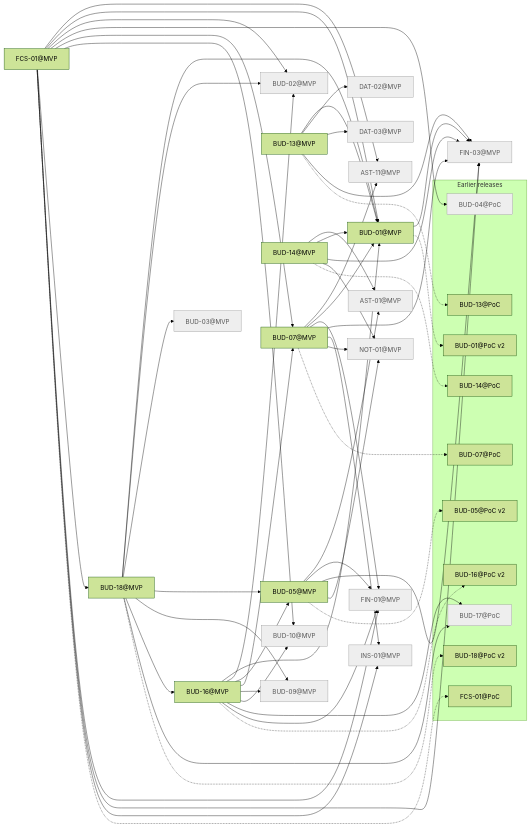
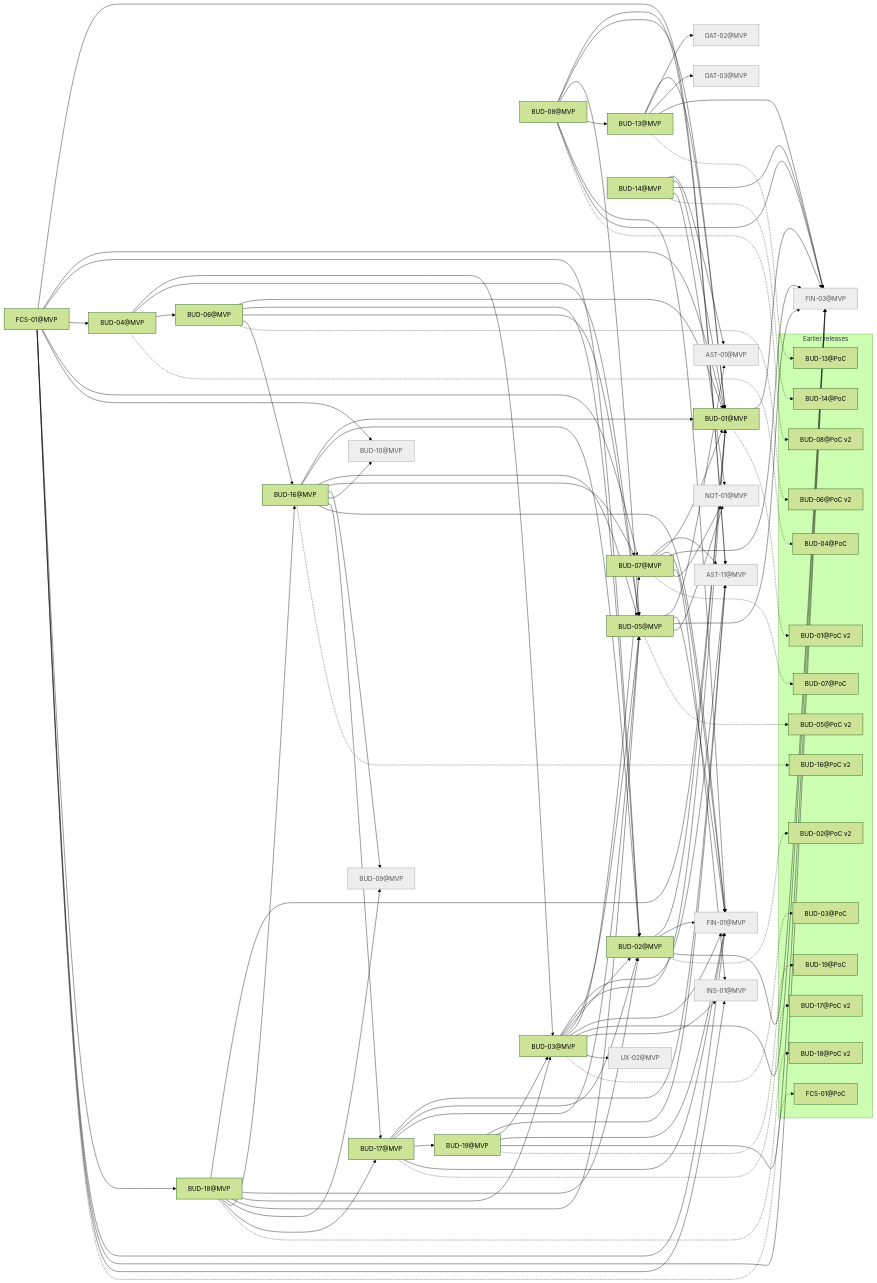
One commit to minakovval/Willowsum changed the diagram in docs/traceability/release-mvp.md. Above: the diagram before and after it, drawn with Mermaid (forest theme). The commit also changed other lines of this file and 48 other files, not shown here.

````diff
--- a/docs/traceability/release-mvp.md
+++ b/docs/traceability/release-mvp.md
@@ -28,14 +35,19 @@
   BUD_01_MVP["BUD-01@MVP"]
   BUD_02_MVP["BUD-02@MVP"]
   BUD_03_MVP["BUD-03@MVP"]
+  BUD_04_MVP["BUD-04@MVP"]
   BUD_05_MVP["BUD-05@MVP"]
+  BUD_06_MVP["BUD-06@MVP"]
   BUD_07_MVP["BUD-07@MVP"]
+  BUD_08_MVP["BUD-08@MVP"]
   BUD_09_MVP["BUD-09@MVP"]
   BUD_10_MVP["BUD-10@MVP"]
   BUD_13_MVP["BUD-13@MVP"]
   BUD_14_MVP["BUD-14@MVP"]
   BUD_16_MVP["BUD-16@MVP"]
+  BUD_17_MVP["BUD-17@MVP"]
   BUD_18_MVP["BUD-18@MVP"]
+  BUD_19_MVP["BUD-19@MVP"]
   DAT_02_MVP["DAT-02@MVP"]
   DAT_03_MVP["DAT-03@MVP"]
   FCS_01_MVP["FCS-01@MVP"]
@@ -43,25 +55,54 @@
   FIN_03_MVP["FIN-03@MVP"]
   INS_01_MVP["INS-01@MVP"]
   NOT_01_MVP["NOT-01@MVP"]
+  UX_02_MVP["UX-02@MVP"]
   subgraph earlier["Earlier releases"]
     BUD_01_PoC_v2["BUD-01@PoC v2"]
+    BUD_02_PoC_v2["BUD-02@PoC v2"]
+    BUD_03_PoC["BUD-03@PoC"]
     BUD_04_PoC["BUD-04@PoC"]
     BUD_05_PoC_v2["BUD-05@PoC v2"]
+    BUD_06_PoC_v2["BUD-06@PoC v2"]
     BUD_07_PoC["BUD-07@PoC"]
+    BUD_08_PoC_v2["BUD-08@PoC v2"]
     BUD_13_PoC["BUD-13@PoC"]
     BUD_14_PoC["BUD-14@PoC"]
     BUD_16_PoC_v2["BUD-16@PoC v2"]
-    BUD_17_PoC["BUD-17@PoC"]
+    BUD_17_PoC_v2["BUD-17@PoC v2"]
     BUD_18_PoC_v2["BUD-18@PoC v2"]
+    BUD_19_PoC["BUD-19@PoC"]
     FCS_01_PoC["FCS-01@PoC"]
   end
   BUD_01_MVP --> FIN_03_MVP
   BUD_01_MVP -.-> BUD_01_PoC_v2
+  BUD_02_MVP --> BUD_01_MVP
+  BUD_02_MVP --> FIN_01_MVP
+  BUD_02_MVP --> FIN_03_MVP
+  BUD_02_MVP -.-> BUD_02_PoC_v2
+  BUD_03_MVP --> AST_11_MVP
+  BUD_03_MVP --> BUD_01_MVP
+  BUD_03_MVP --> BUD_02_MVP
+  BUD_03_MVP --> BUD_05_MVP
+  BUD_03_MVP --> BUD_07_MVP
+  BUD_03_MVP --> FIN_01_MVP
+  BUD_03_MVP --> FIN_03_MVP
+  BUD_03_MVP --> INS_01_MVP
+  BUD_03_MVP --> UX_02_MVP
+  BUD_03_MVP -.-> BUD_03_PoC
+  BUD_04_MVP --> BUD_03_MVP
+  BUD_04_MVP --> BUD_05_MVP
+  BUD_04_MVP --> BUD_06_MVP
+  BUD_04_MVP -.-> BUD_04_PoC
   BUD_05_MVP --> AST_01_MVP
   BUD_05_MVP --> FIN_01_MVP
   BUD_05_MVP --> FIN_03_MVP
   BUD_05_MVP --> NOT_01_MVP
   BUD_05_MVP -.-> BUD_05_PoC_v2
+  BUD_06_MVP --> BUD_01_MVP
+  BUD_06_MVP --> BUD_02_MVP
+  BUD_06_MVP --> BUD_05_MVP
+  BUD_06_MVP --> BUD_16_MVP
+  BUD_06_MVP -.-> BUD_06_PoC_v2
   BUD_07_MVP --> AST_11_MVP
   BUD_07_MVP --> BUD_01_MVP
   BUD_07_MVP --> FIN_01_MVP
@@ -69,6 +110,13 @@
   BUD_07_MVP --> INS_01_MVP
   BUD_07_MVP --> NOT_01_MVP
   BUD_07_MVP -.-> BUD_07_PoC
+  BUD_08_MVP --> AST_11_MVP
+  BUD_08_MVP --> BUD_01_MVP
+  BUD_08_MVP --> BUD_05_MVP
+  BUD_08_MVP --> BUD_13_MVP
+  BUD_08_MVP --> FIN_01_MVP
+  BUD_08_MVP --> FIN_03_MVP
+  BUD_08_MVP -.-> BUD_08_PoC_v2
   BUD_13_MVP --> BUD_01_MVP
   BUD_13_MVP --> DAT_02_MVP
   BUD_13_MVP --> DAT_03_MVP
@@ -85,21 +133,32 @@
   BUD_16_MVP --> BUD_07_MVP
   BUD_16_MVP --> BUD_09_MVP
   BUD_16_MVP --> BUD_10_MVP
-  BUD_16_MVP --> BUD_17_PoC
+  BUD_16_MVP --> BUD_17_MVP
   BUD_16_MVP --> FIN_01_MVP
   BUD_16_MVP -.-> BUD_16_PoC_v2
+  BUD_17_MVP --> AST_11_MVP
+  BUD_17_MVP --> BUD_02_MVP
+  BUD_17_MVP --> BUD_05_MVP
+  BUD_17_MVP --> BUD_19_MVP
+  BUD_17_MVP --> FIN_01_MVP
+  BUD_17_MVP -.-> BUD_17_PoC_v2
   BUD_18_MVP --> BUD_01_MVP
   BUD_18_MVP --> BUD_02_MVP
   BUD_18_MVP --> BUD_03_MVP
   BUD_18_MVP --> BUD_05_MVP
   BUD_18_MVP --> BUD_09_MVP
   BUD_18_MVP --> BUD_16_MVP
-  BUD_18_MVP --> BUD_17_PoC
+  BUD_18_MVP --> BUD_17_MVP
   BUD_18_MVP -.-> BUD_18_PoC_v2
+  BUD_19_MVP --> AST_11_MVP
+  BUD_19_MVP --> BUD_03_MVP
+  BUD_19_MVP --> FIN_01_MVP
+  BUD_19_MVP --> FIN_03_MVP
+  BUD_19_MVP -.-> BUD_19_PoC
   FCS_01_MVP --> AST_11_MVP
   FCS_01_MVP --> BUD_01_MVP
   FCS_01_MVP --> BUD_02_MVP
-  FCS_01_MVP --> BUD_04_PoC
+  FCS_01_MVP --> BUD_04_MVP
   FCS_01_MVP --> BUD_07_MVP
   FCS_01_MVP --> BUD_10_MVP
   FCS_01_MVP --> BUD_18_MVP
@@ -108,5 +167,5 @@
   FCS_01_MVP --> INS_01_MVP
   FCS_01_MVP -.-> FCS_01_PoC
   classDef notMigrated fill:#eee,stroke:#999,color:#555
-  class AST_01_MVP,AST_11_MVP,BUD_02_MVP,BUD_03_MVP,BUD_04_PoC,BUD_09_MVP,BUD_10_MVP,BUD_17_PoC,DAT_02_MVP,DAT_03_MVP,FIN_01_MVP,FIN_03_MVP,INS_01_MVP,NOT_01_MVP notMigrated
+  class AST_01_MVP,AST_11_MVP,BUD_09_MVP,BUD_10_MVP,DAT_02_MVP,DAT_03_MVP,FIN_01_MVP,FIN_03_MVP,INS_01_MVP,NOT_01_MVP,UX_02_MVP notMigrated
 ```
````
